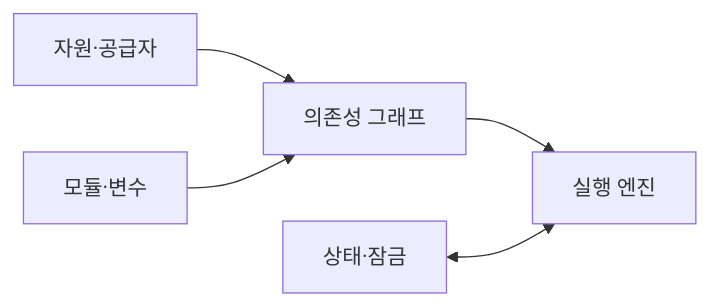
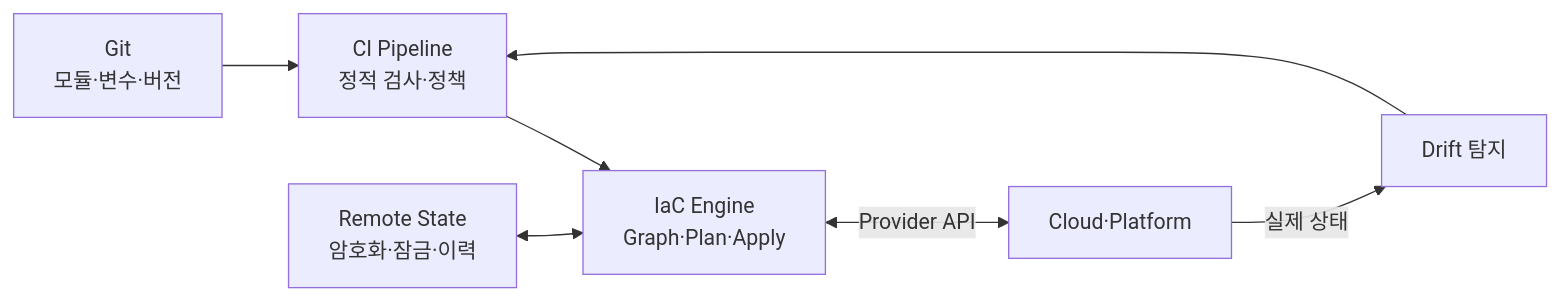
Before and after one commit to agnusdei1207/knowledge-base: the first of 2 diagrams in src/content/docs/notes/03-software/182_infrastructure_as_code.md, drawn with Mermaid. The commit also changed other lines of this file and 12 other files, not shown here.

````diff
--- a/src/content/docs/notes/03-software/182_infrastructure_as_code.md
+++ b/src/content/docs/notes/03-software/182_infrastructure_as_code.md
@@ -55,7 +60,9 @@
 ```mermaid
 flowchart LR
-    C["자원·공급자"] --> G["의존성 그래프"]
-    M["모듈·변수"] --> G
-    G --> E["실행 엔진"]
-    S["상태·잠금"] <--> E
+    G["Git<br/>모듈·변수·버전"] --> P["CI Pipeline<br/>정적 검사·정책"]
+    P --> E["IaC Engine<br/>Graph·Plan·Apply"]
+    S["Remote State<br/>암호화·잠금·이력"] <--> E
+    E <-->|"Provider API"| I["Cloud·Platform"]
+    I -->|"실제 상태"| D["Drift 탐지"]
+    D --> P
 ```
````
